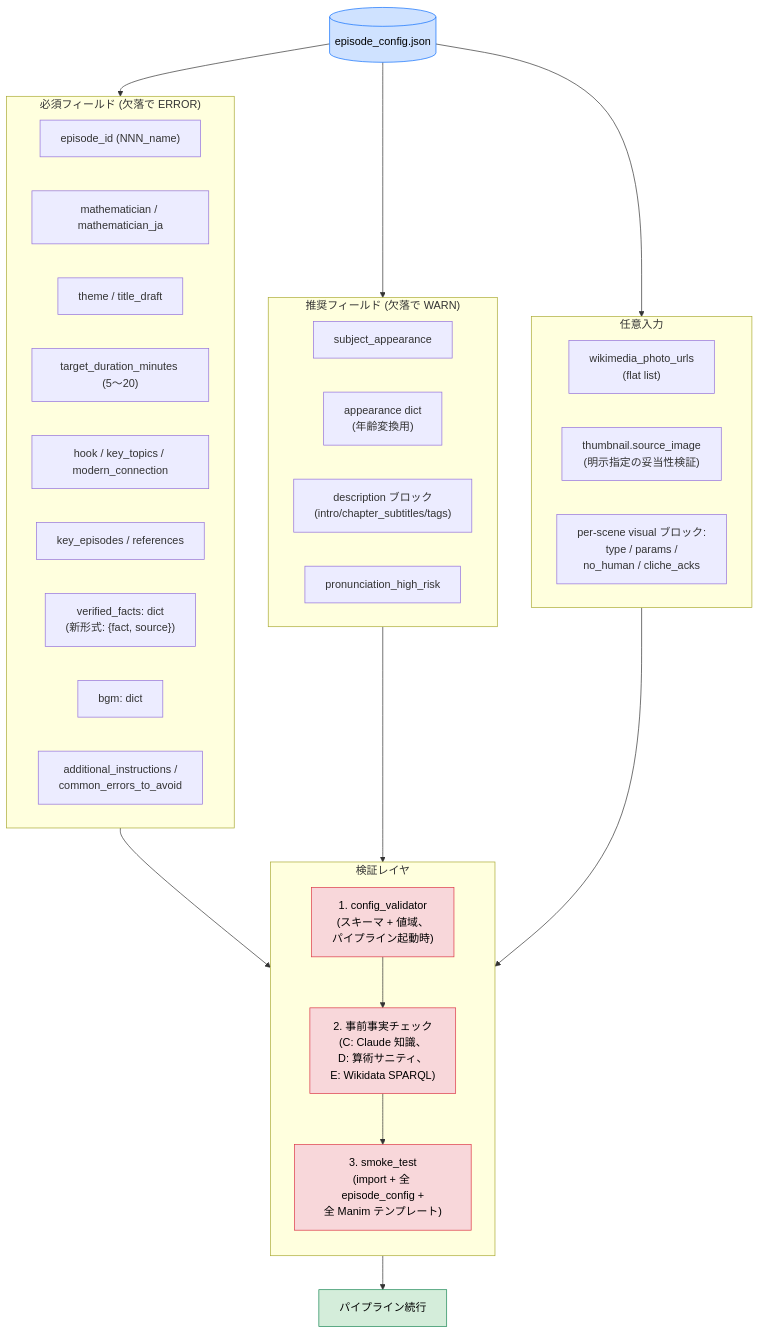
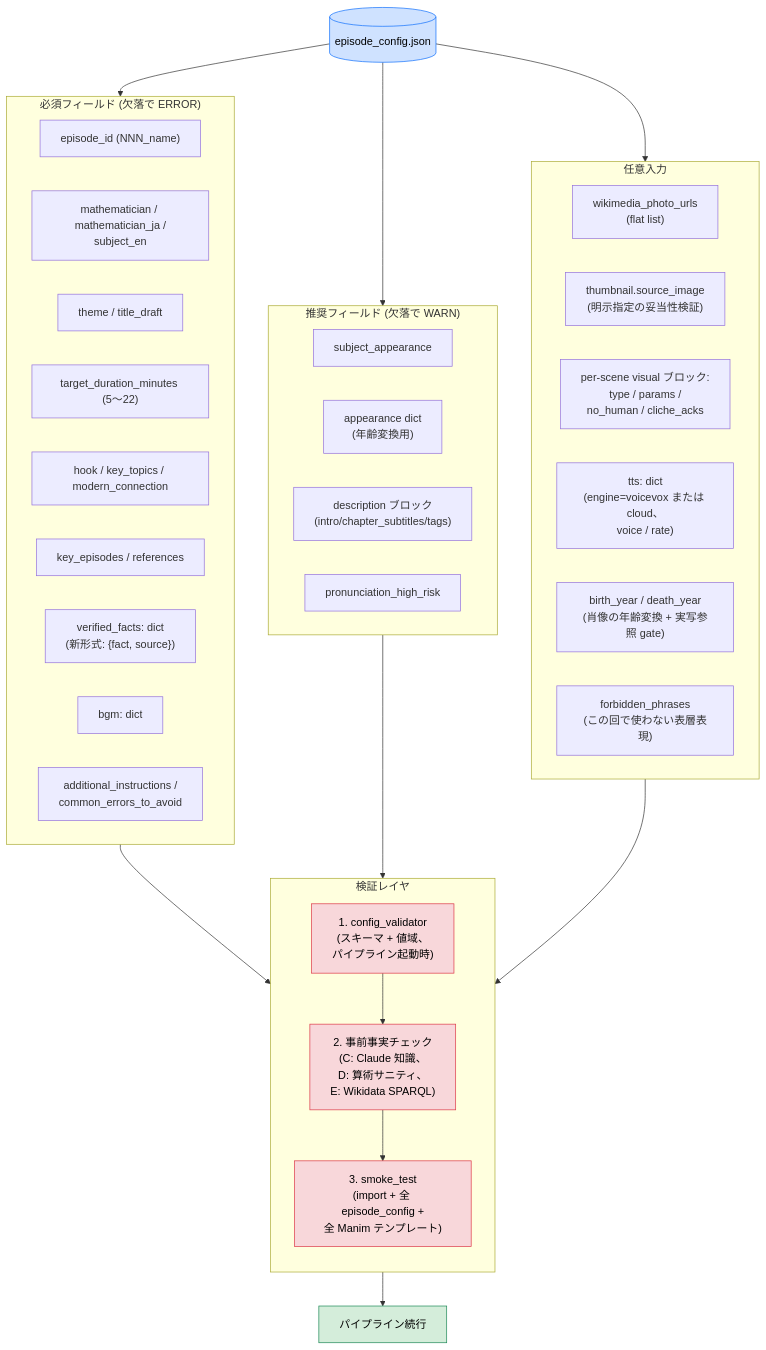
One commit to sugakushiki/sugakushiki-pipeline changed the third of 4 diagrams in docs/architecture.md. Above: the diagram before and after it, drawn with Mermaid. The commit also changed other lines of this file and 205 other files, not shown here.

````diff
--- a/docs/architecture.md
+++ b/docs/architecture.md
@@ -163,52 +190,55 @@
 ```mermaid
 flowchart TB
     cfg[("episode_config.json")]:::inputArtifact
 
     subgraph required["必須フィールド (欠落で ERROR)"]
         direction LR
         req1["episode_id (NNN_name)"]
-        req2["mathematician / mathematician_ja"]
+        req2["mathematician / mathematician_ja /<br/>subject_en"]
         req3["theme / title_draft"]
-        req4["target_duration_minutes (5〜20)"]
+        req4["target_duration_minutes (5〜22)"]
         req5["hook / key_topics / modern_connection"]
         req6["key_episodes / references"]
         req7["verified_facts: dict<br/>(新形式: {fact, source})"]
         req8["bgm: dict"]
         req9["additional_instructions /<br/>common_errors_to_avoid"]
     end
 
     subgraph recommended["推奨フィールド (欠落で WARN)"]
         direction LR
         rec1["subject_appearance"]
         rec2["appearance dict<br/>(年齢変換用)"]
         rec3["description ブロック<br/>(intro/chapter_subtitles/tags)"]
         rec4["pronunciation_high_risk"]
     end
 
     subgraph optional["任意入力"]
         direction LR
         opt1["wikimedia_photo_urls<br/>(flat list)"]
         opt2["thumbnail.source_image<br/>(明示指定の妥当性検証)"]
         opt3["per-scene visual ブロック:<br/>type / params /<br/>no_human / cliche_acks"]
+        opt4["tts: dict<br/>(engine=voicevox または cloud、<br/>voice / rate)"]
+        opt5["birth_year / death_year<br/>(肖像の年齢変換 + 実写参照 gate)"]
+        opt6["forbidden_phrases<br/>(この回で使わない表層表現)"]
     end
 
     subgraph validation["検証レイヤ"]
         direction TB
         v1["1. config_validator<br/>(スキーマ + 値域、<br/>パイプライン起動時)"]:::guard
         v2["2. 事前事実チェック<br/>(C: Claude 知識、<br/>D: 算術サニティ、<br/>E: Wikidata SPARQL)"]:::guard
         v3["3. smoke_test<br/>(import + 全 episode_config +<br/>全 Manim テンプレート)"]:::guard
         v1 --> v2 --> v3
     end
 
     cfg --> required
     cfg --> recommended
     cfg --> optional
     required --> validation
     recommended --> validation
     optional --> validation
     validation --> pipeline_ok["パイプライン続行"]:::ok
 
     classDef inputArtifact fill:#cfe2ff,stroke:#0d6efd,color:#000
     classDef guard fill:#f8d7da,stroke:#dc3545,color:#000
     classDef ok fill:#d4edda,stroke:#198754,color:#000
 ```
````
